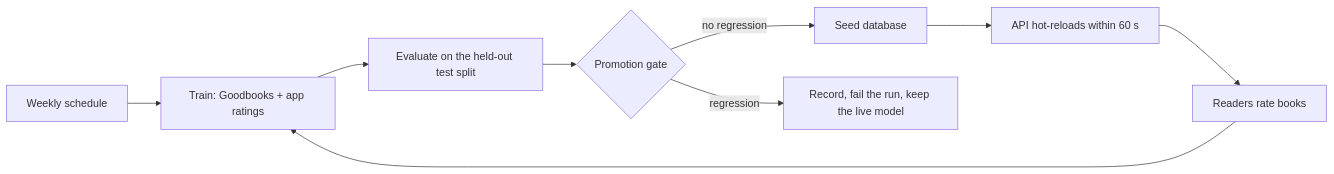
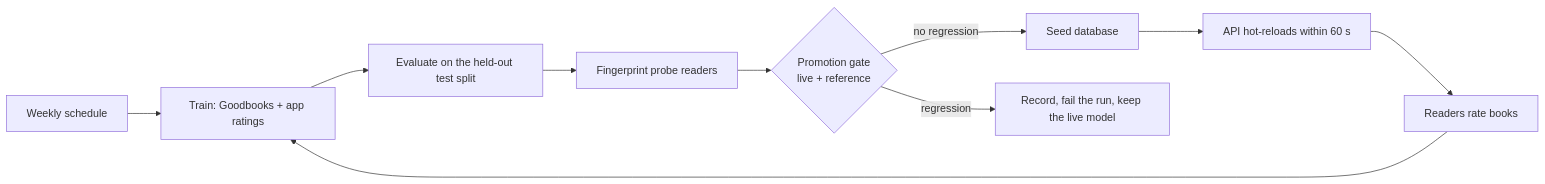
Before and after one commit to basharfkhan/alexandria: the second of 2 diagrams in docs/ARCHITECTURE.md, drawn with Mermaid. The commit also changed other lines of this file and 9 other files, not shown here.

First line of the commit message:
Add drift monitoring: reference gate, probe cohort, input tracking

````diff
--- a/docs/ARCHITECTURE.md
+++ b/docs/ARCHITECTURE.md
@@ -275,9 +275,10 @@
 ```mermaid
 flowchart LR
     A[Weekly schedule] --> B[Train: Goodbooks + app ratings]
     B --> C[Evaluate on the held-out test split]
-    C --> D{Promotion gate}
+    C --> CF[Fingerprint probe readers]
+    CF --> D{Promotion gate<br/>live + reference}
     D -- no regression --> E[Seed database] --> F[API hot-reloads within 60 s]
     D -- regression --> G[Record, fail the run, keep the live model]
     F --> H[Readers rate books] --> B
 ```
````
